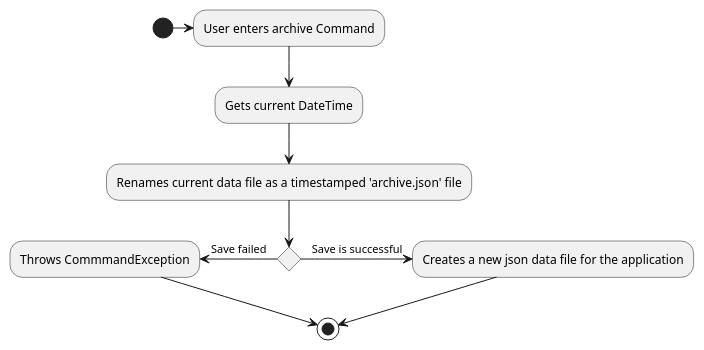
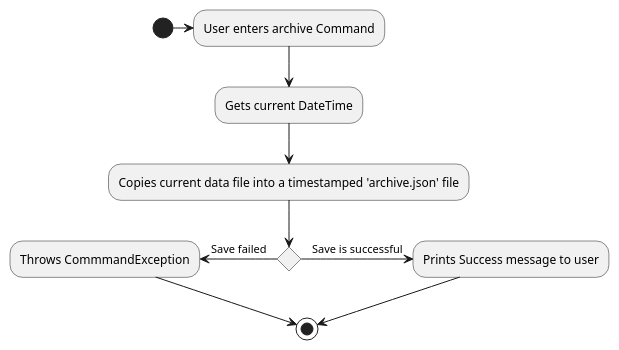
The diagram in docs/diagrams/ArchiveActivityDiagram.puml (zhangchengchuan/tp-1), drawn with PlantUML before and after one commit. The commit also changed 2 other files, not shown here.

Commit message:
update Archive implementation in DG

```diff
--- a/docs/diagrams/ArchiveActivityDiagram.puml
+++ b/docs/diagrams/ArchiveActivityDiagram.puml
@@ -1,12 +1,12 @@
 @startuml
 (*) -> User enters archive Command
 --> "Gets current DateTime"
---> "Renames current data file as a timestamped 'archive.json' file"
+--> "Copies current data file into a timestamped 'archive.json' file"
 if "" then
--right>[Save is successful] "Creates a new json data file for the application"
+-right>[Save is successful] "Prints Success message to user"
 -down-> (*)
 else
 -left> [Save failed] "Throws CommmandException"
 endif
 -down-> (*)
 @enduml
```
